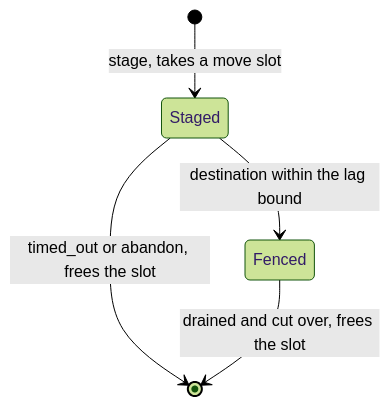
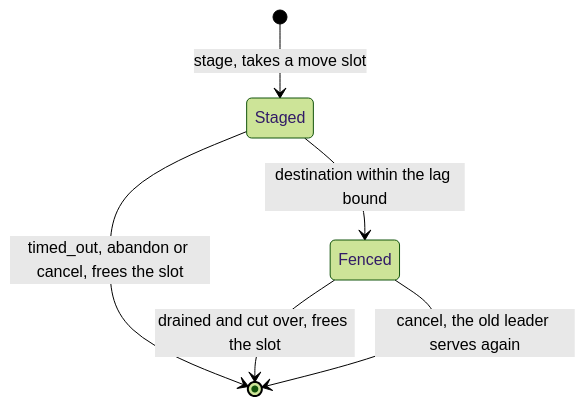
The second of 2 diagrams in docs-site/src/content/docs/deployment/scaling.md (gabloe/felix), drawn with Mermaid (forest theme) before and after one commit. The commit also changed other lines of this file and 11 other files, not shown here.

````diff
--- a/docs-site/src/content/docs/deployment/scaling.md
+++ b/docs-site/src/content/docs/deployment/scaling.md
@@ -135,7 +159,8 @@
 ```mermaid
 stateDiagram-v2
     [*] --> Staged: stage, takes a move slot
     Staged --> Fenced: destination within the lag bound
-    Staged --> [*]: timed_out or abandon, frees the slot
+    Staged --> [*]: timed_out, abandon or cancel, frees the slot
     Fenced --> [*]: drained and cut over, frees the slot
+    Fenced --> [*]: cancel, the old leader serves again
 ```
````
